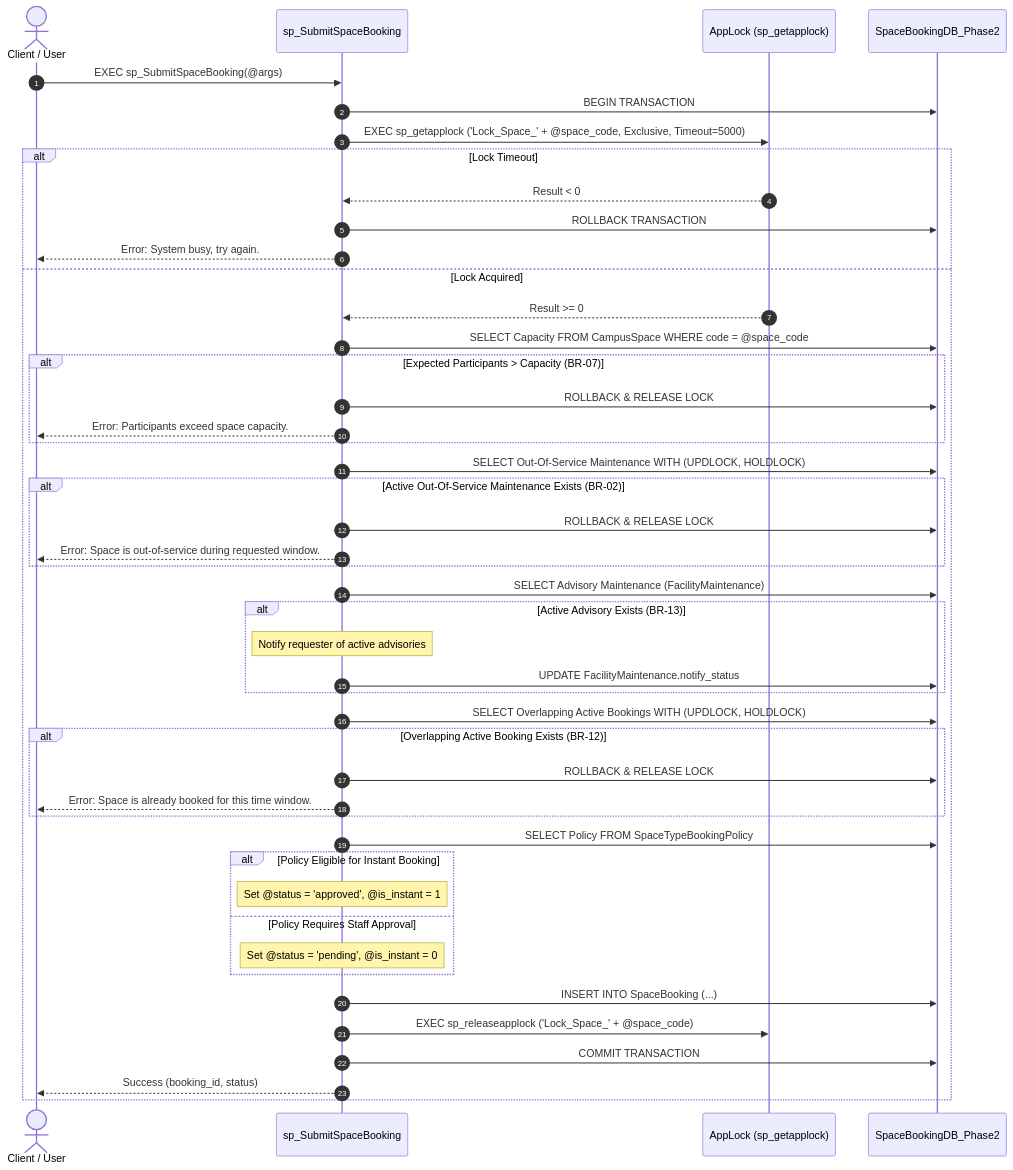
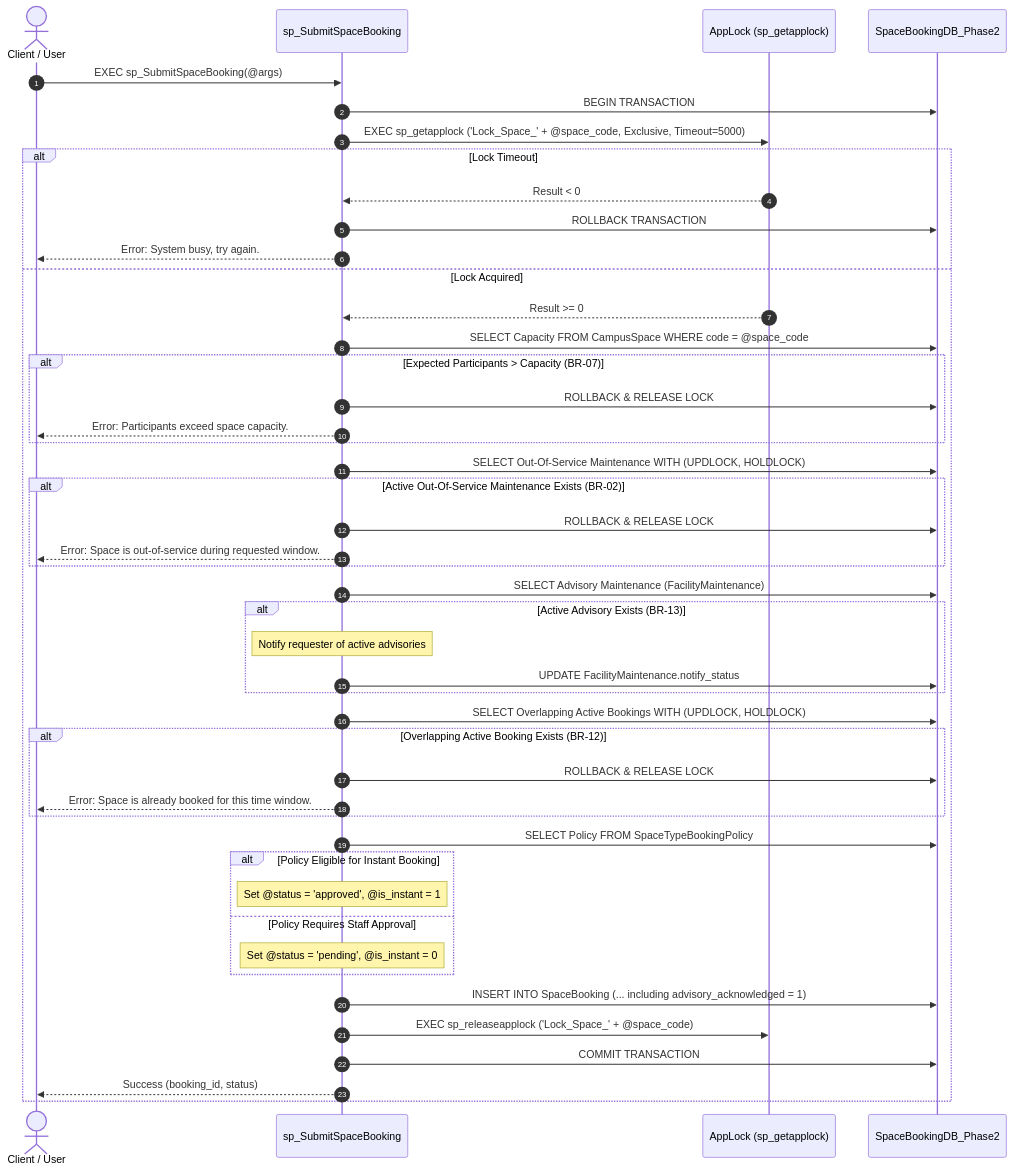
Before and after one commit to nmtamm/CS486_Project: the second of 2 diagrams in outputs/11-concurrency-design-G02.md, drawn with Mermaid. The commit also changed other lines of this file and 12 other files, not shown here.

````diff
--- a/outputs/11-concurrency-design-G02.md
+++ b/outputs/11-concurrency-design-G02.md
@@ -198,49 +198,49 @@
 ```mermaid
 sequenceDiagram
     autonumber
     actor Client as Client / User
     participant SP as sp_SubmitSpaceBooking
     participant Lock as AppLock (sp_getapplock)
     participant DB as SpaceBookingDB_Phase2
 
     Client->>SP: EXEC sp_SubmitSpaceBooking(@args)
     SP->>DB: BEGIN TRANSACTION
     SP->>Lock: EXEC sp_getapplock ('Lock_Space_' + @space_code, Exclusive, Timeout=5000)
     alt Lock Timeout
         Lock-->>SP: Result < 0
         SP->>DB: ROLLBACK TRANSACTION
         SP-->>Client: Error: System busy, try again.
     else Lock Acquired
         Lock-->>SP: Result >= 0
         SP->>DB: SELECT Capacity FROM CampusSpace WHERE code = @space_code
         alt Expected Participants > Capacity (BR-07)
             SP->>DB: ROLLBACK & RELEASE LOCK
             SP-->>Client: Error: Participants exceed space capacity.
         end
         SP->>DB: SELECT Out-Of-Service Maintenance WITH (UPDLOCK, HOLDLOCK)
         alt Active Out-Of-Service Maintenance Exists (BR-02)
             SP->>DB: ROLLBACK & RELEASE LOCK
             SP-->>Client: Error: Space is out-of-service during requested window.
         end
         SP->>DB: SELECT Advisory Maintenance (FacilityMaintenance)
         alt Active Advisory Exists (BR-13)
             Note over SP: Notify requester of active advisories
             SP->>DB: UPDATE FacilityMaintenance.notify_status
         end
         SP->>DB: SELECT Overlapping Active Bookings WITH (UPDLOCK, HOLDLOCK)
         alt Overlapping Active Booking Exists (BR-12)
             SP->>DB: ROLLBACK & RELEASE LOCK
             SP-->>Client: Error: Space is already booked for this time window.
         end
         SP->>DB: SELECT Policy FROM SpaceTypeBookingPolicy
         alt Policy Eligible for Instant Booking
             Note over SP: Set @status = 'approved', @is_instant = 1
         else Policy Requires Staff Approval
             Note over SP: Set @status = 'pending', @is_instant = 0
         end
-        SP->>DB: INSERT INTO SpaceBooking (...)
+        SP->>DB: INSERT INTO SpaceBooking (... including advisory_acknowledged = 1)
         SP->>Lock: EXEC sp_releaseapplock ('Lock_Space_' + @space_code)
         SP->>DB: COMMIT TRANSACTION
         SP-->>Client: Success (booking_id, status)
     end
 ```
````
